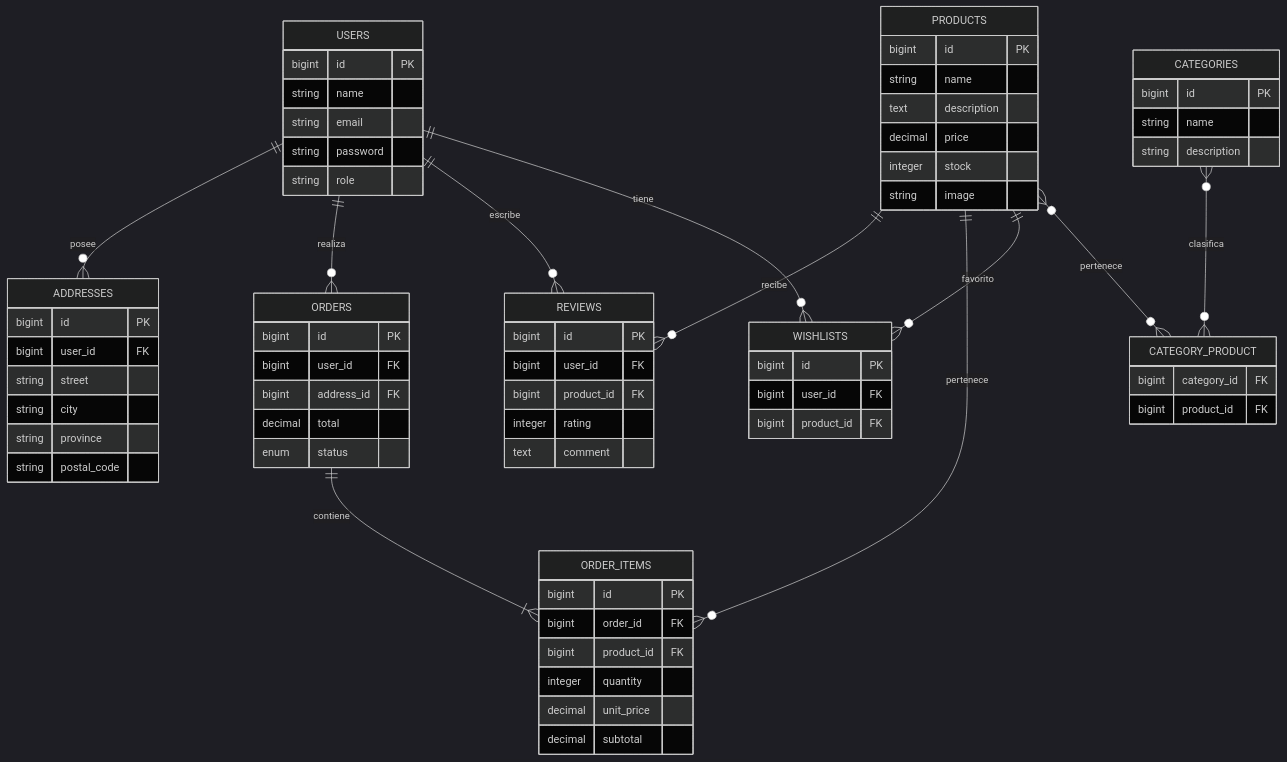
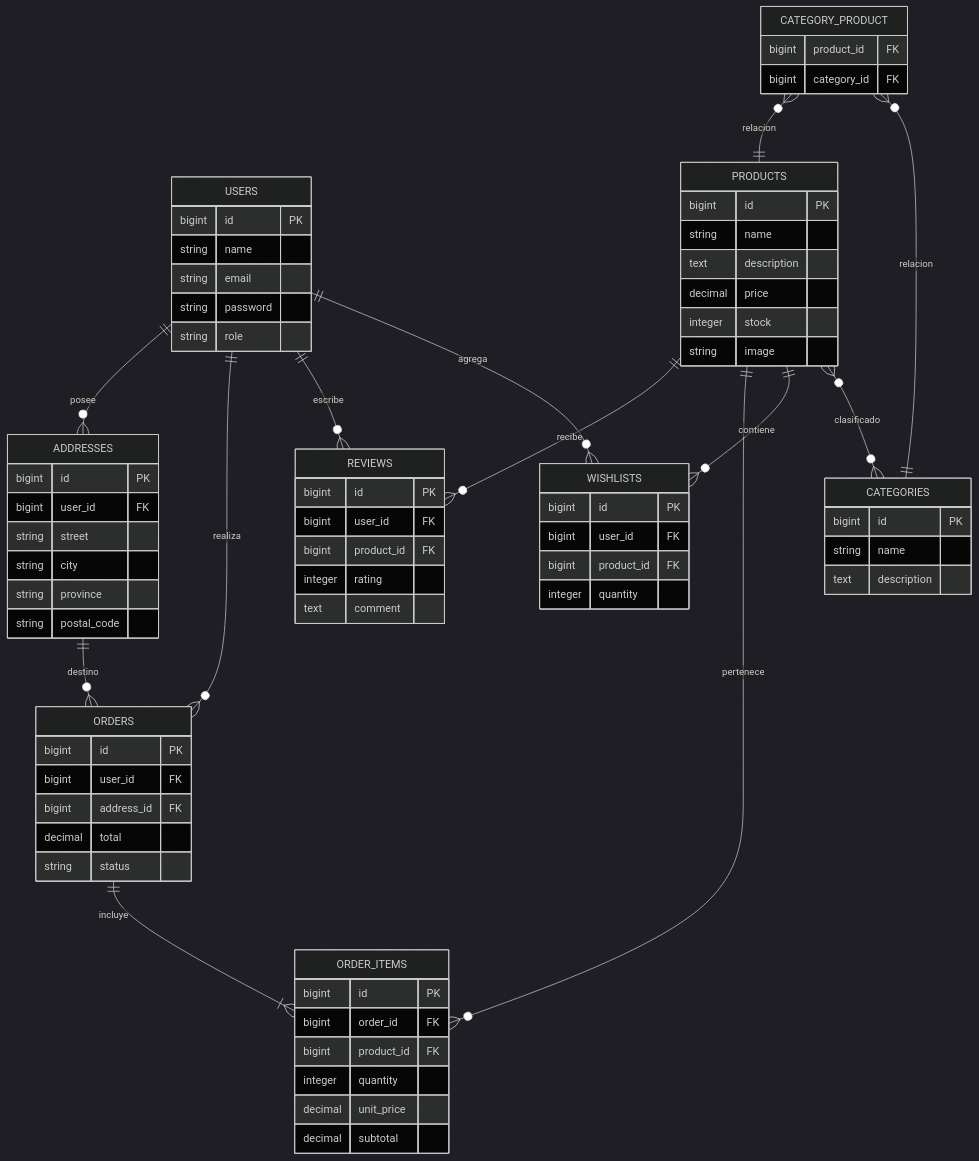
Before and after one commit to facusoster/FinalProdWebLaravel: the diagram in docs/diagramas/10_DER.md, drawn with Mermaid (dark theme). The commit also changed other lines of this file and 25 other files, not shown here.

Commit message:
Actualizo documentación completa: diagramas, requisitos, arquitectura, UML y setup

````diff
--- a/docs/diagramas/10_DER.md
+++ b/docs/diagramas/10_DER.md
@@ -14,19 +22,5 @@
 ```mermaid
 erDiagram
-
-    USERS ||--o{ ADDRESSES : posee
-    USERS ||--o{ ORDERS : realiza
-    USERS ||--o{ REVIEWS : escribe
-    USERS ||--o{ WISHLISTS : tiene
-
-    PRODUCTS ||--o{ REVIEWS : recibe
-    PRODUCTS ||--o{ ORDER_ITEMS : pertenece
-    PRODUCTS ||--o{ WISHLISTS : favorito
-
-    ORDERS ||--|{ ORDER_ITEMS : contiene
-
-    PRODUCTS }o--o{ CATEGORY_PRODUCT : pertenece
-    CATEGORIES }o--o{ CATEGORY_PRODUCT : clasifica
 
     USERS {
         bigint id PK
@@ -48,7 +42,7 @@
     CATEGORIES {
         bigint id PK
         string name
-        string description
+        text description
     }
 
     PRODUCTS {
@@ -61,8 +55,8 @@
     }
 
     CATEGORY_PRODUCT {
+        bigint product_id FK
         bigint category_id FK
-        bigint product_id FK
     }
 
     ORDERS {
@@ -70,7 +64,7 @@
         bigint user_id FK
         bigint address_id FK
         decimal total
-        enum status
+        string status
     }
 
     ORDER_ITEMS {
@@ -94,5 +88,30 @@
         bigint id PK
         bigint user_id FK
         bigint product_id FK
+        integer quantity
     }
+
+    USERS ||--o{ ADDRESSES : posee
+
+    USERS ||--o{ ORDERS : realiza
+
+    USERS ||--o{ REVIEWS : escribe
+
+    USERS ||--o{ WISHLISTS : agrega
+
+    PRODUCTS ||--o{ REVIEWS : recibe
+
+    PRODUCTS ||--o{ ORDER_ITEMS : pertenece
+
+    PRODUCTS ||--o{ WISHLISTS : contiene
+
+    ORDERS ||--|{ ORDER_ITEMS : incluye
+
+    ADDRESSES ||--o{ ORDERS : destino
+
+    PRODUCTS }o--o{ CATEGORIES : clasificado
+
+    CATEGORY_PRODUCT }o--|| PRODUCTS : relacion
+
+    CATEGORY_PRODUCT }o--|| CATEGORIES : relacion
 ```
````
